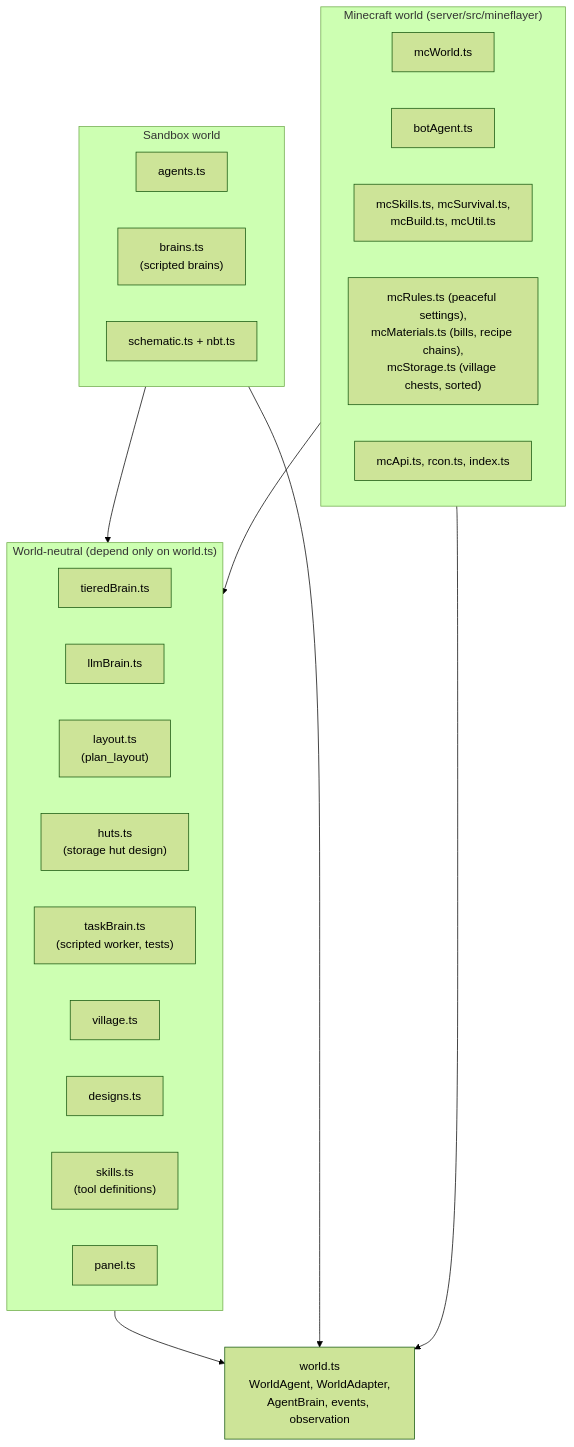
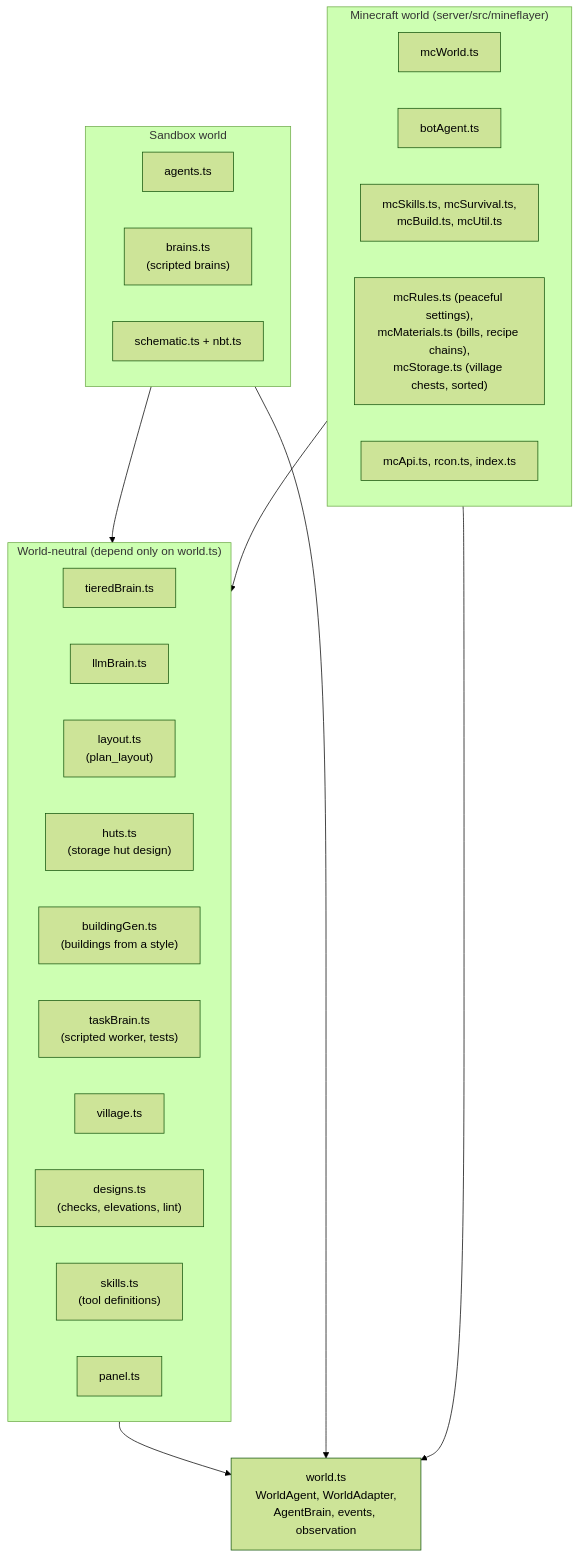
One commit to delphium226/MCAISandbox changed the third of 14 diagrams in docs/ARCHITECTURE.md. Above: the diagram before and after it, drawn with Mermaid (forest theme). The commit also changed other lines of this file and 3 other files, not shown here.

````diff
--- a/docs/ARCHITECTURE.md
+++ b/docs/ARCHITECTURE.md
@@ -143,32 +143,33 @@
 ```mermaid
 flowchart TB
   subgraph neutral["World-neutral (depend only on world.ts)"]
     tiered["tieredBrain.ts"]
     llm["llmBrain.ts"]
     layoutts["layout.ts<br/>(plan_layout)"]
     huts["huts.ts<br/>(storage hut design)"]
+    gen["buildingGen.ts<br/>(buildings from a style)"]
     taskb["taskBrain.ts<br/>(scripted worker, tests)"]
     village["village.ts"]
-    designs["designs.ts"]
+    designs["designs.ts<br/>(checks, elevations, lint)"]
     skills["skills.ts<br/>(tool definitions)"]
     panelts["panel.ts"]
   end
   world["world.ts<br/>WorldAgent, WorldAdapter,<br/>AgentBrain, events, observation"]
   subgraph sandbox["Sandbox world"]
     agents["agents.ts"]
     brains["brains.ts<br/>(scripted brains)"]
     schematic["schematic.ts + nbt.ts"]
   end
   subgraph minecraft["Minecraft world (server/src/mineflayer)"]
     mcworld["mcWorld.ts"]
     bot["botAgent.ts"]
     mcskills["mcSkills.ts, mcSurvival.ts,<br/>mcBuild.ts, mcUtil.ts"]
     mcecon["mcRules.ts (peaceful settings),<br/>mcMaterials.ts (bills, recipe chains),<br/>mcStorage.ts (village chests, sorted)"]
     mcapi["mcApi.ts, rcon.ts, index.ts"]
   end
   neutral --> world
   sandbox --> world
   minecraft --> world
   sandbox --> neutral
   minecraft --> neutral
 ```
````
